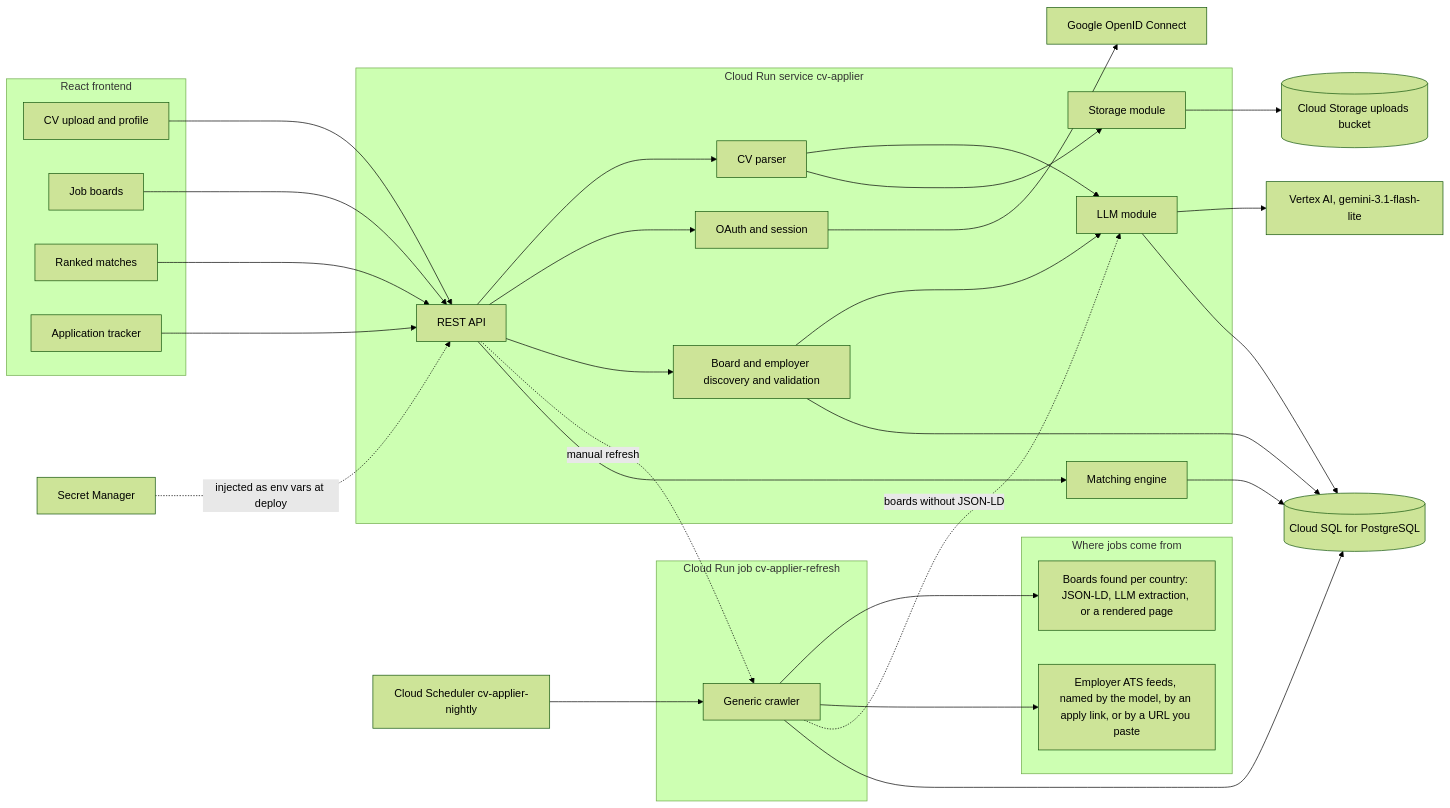
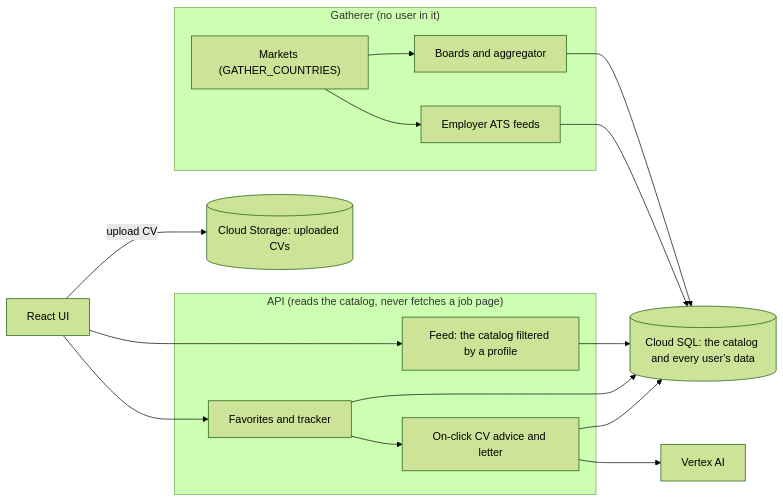
One commit to CatalinIonescu0922/LazyJobs changed the first of 3 diagrams in PLAN.md. Above: the diagram before and after it, drawn with Mermaid (forest theme). The commit also changed other lines of this file and 7 other files, not shown here.

````diff
--- a/PLAN.md
+++ b/PLAN.md
@@ -210,50 +203,25 @@
 ```mermaid
 flowchart LR
-  subgraph frontend [React frontend]
-    Upload[CV upload and profile]
-    SourcesUI[Job boards]
-    Matches[Ranked matches]
-    Tracker[Application tracker]
+  subgraph gatherer ["Gatherer (no user in it)"]
+    Markets["Markets (GATHER_COUNTRIES)"]
+    Boards["Boards and aggregator"]
+    Feeds["Employer ATS feeds"]
   end
-  subgraph service [Cloud Run service cv-applier]
-    API[REST API]
-    Auth[OAuth and session]
-    CVParse[CV parser]
-    LLM[LLM module]
-    Discover[Board and employer discovery and validation]
-    Match[Matching engine]
-    Store[Storage module]
+  subgraph api ["API (reads the catalog, never fetches a job page)"]
+    Feed["Feed: the catalog filtered by a profile"]
+    Fav["Favorites and tracker"]
+    Act["On-click CV advice and letter"]
   end
-  subgraph refresh [Cloud Run job cv-applier-refresh]
-    Crawl[Generic crawler]
-  end
-  subgraph sources [Where jobs come from]
-    Boards["Boards found per country: JSON-LD, LLM extraction, or a rendered page"]
-    Employers["Employer ATS feeds, named by the model, by an apply link, or by a URL you paste"]
-  end
-  Google[Google OpenID Connect]
-  Vertex["Vertex AI, gemini-3.1-flash-lite"]
-  Secrets[Secret Manager]
-  Sched[Cloud Scheduler cv-applier-nightly]
-  DB[(Cloud SQL for PostgreSQL)]
-  Bucket[(Cloud Storage uploads bucket)]
+  DB[("Cloud SQL: the catalog and every user's data")]
+  Bucket[("Cloud Storage: uploaded CVs")]
+  Vertex["Vertex AI"]
+  UI["React UI"]
 
-  Upload --> API --> CVParse --> LLM --> Vertex
-  CVParse --> Store --> Bucket
-  API --> Auth
-  Auth --> Google
-  SourcesUI --> API --> Discover --> LLM
-  Discover --> DB
-  Sched --> Crawl
-  API -. manual refresh .-> Crawl
-  Crawl --> Boards
-  Crawl --> Employers
-  Crawl -. boards without JSON-LD .-> LLM
-  Crawl --> DB
-  Match --> DB
-  API --> Match
-  Matches --> API
-  Tracker --> API
-  LLM --> DB
-  Secrets -. injected as env vars at deploy .-> API
+  Markets --> Boards --> DB
+  Markets --> Feeds --> DB
+  UI --> Feed --> DB
+  UI --> Fav --> DB
+  Fav --> Act --> Vertex
+  Act --> DB
+  UI -- upload CV --> Bucket
 ```
````
